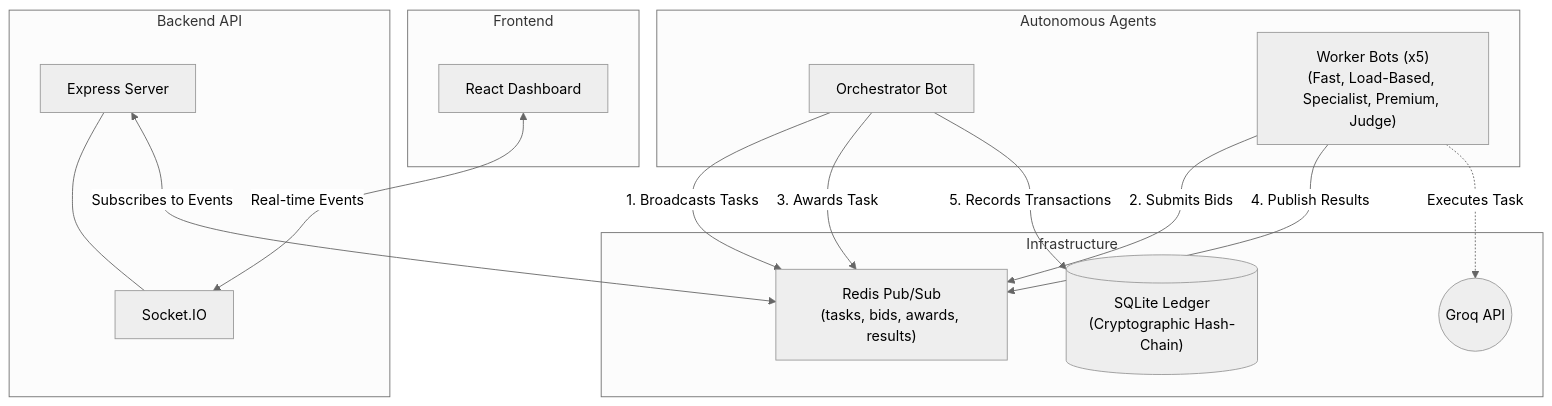
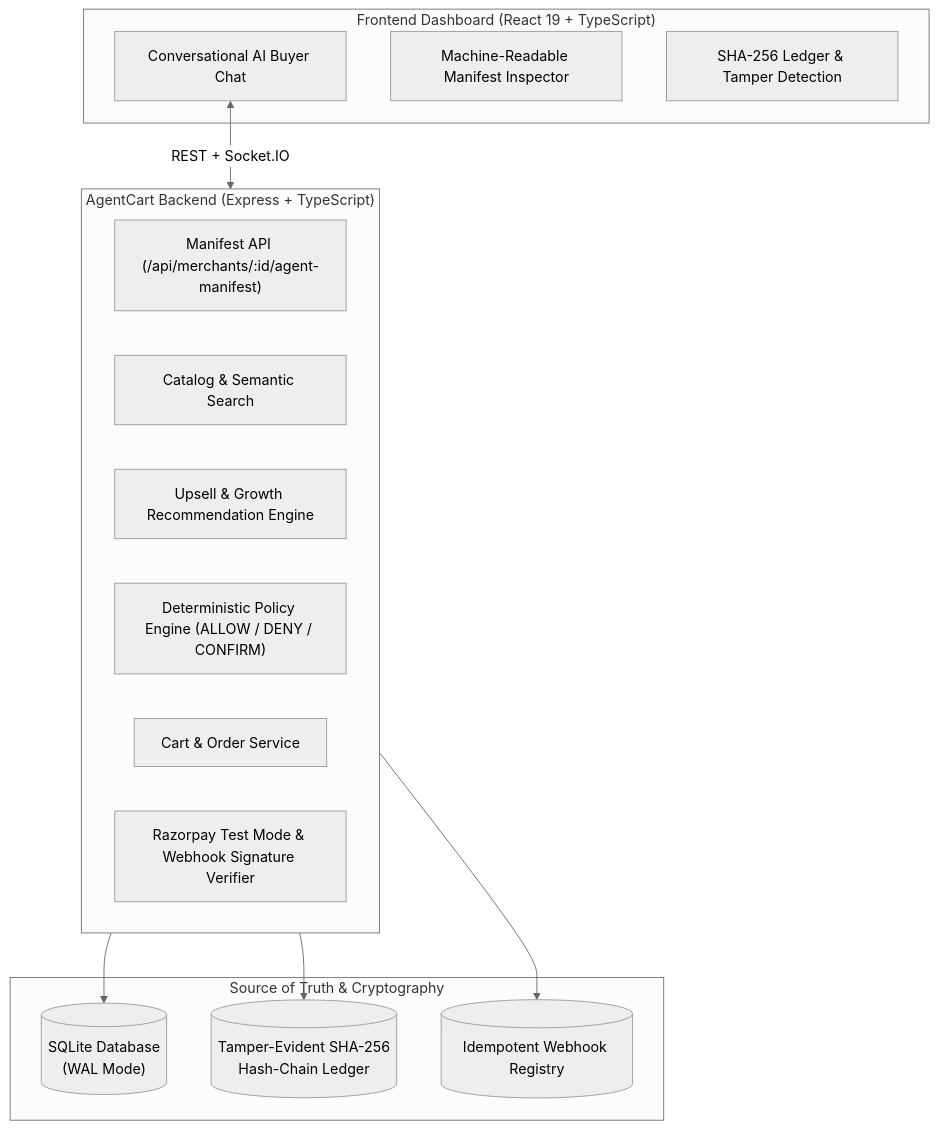
The diagram in README.md (MuKuL-DiXiT/AgenticRail), drawn with Mermaid (neutral theme) before and after one commit. The commit also changed other lines of this file and 69 other files, not shown here.

````diff
--- a/README.md
+++ b/README.md
@@ -7,34 +13,28 @@
 ```mermaid
 flowchart TB
-    subgraph Client["Frontend"]
-        Dashboard["React Dashboard"]
+    subgraph Client["Frontend Dashboard (React 19 + TypeScript)"]
+        UI["Conversational AI Buyer Chat"]
+        ManifestUI["Machine-Readable Manifest Inspector"]
+        LedgerUI["SHA-256 Ledger & Tamper Detection"]
     end
 
-    subgraph API["Backend API"]
-        Express["Express Server"]
-        WS["Socket.IO"]
-        Express --- WS
+    subgraph CoreEngine["AgentCart Backend (Express + TypeScript)"]
+        ManifestAPI["Manifest API (/api/merchants/:id/agent-manifest)"]
+        CatalogAPI["Catalog & Semantic Search"]
+        GrowthEngine["Upsell & Growth Recommendation Engine"]
+        PolicyEngine["Deterministic Policy Engine (ALLOW / DENY / CONFIRM)"]
+        OrderSvc["Cart & Order Service"]
+        PaymentSvc["Razorpay Test Mode & Webhook Signature Verifier"]
     end
 
-    subgraph AI["Autonomous Agents"]
-        Orchestrator["Orchestrator Bot"]
-        Workers["Worker Bots (x5)\n(Fast, Load-Based, Specialist, Premium, Judge)"]
+    subgraph Storage["Source of Truth & Cryptography"]
+        DB[("SQLite Database\n(WAL Mode)")]
+        Ledger[("Tamper-Evident SHA-256\nHash-Chain Ledger")]
+        Webhooks[("Idempotent Webhook Registry")]
     end
 
-    subgraph Infra["Infrastructure"]
-        Redis["Redis Pub/Sub\n(tasks, bids, awards, results)"]
-        DB[("SQLite Ledger\n(Cryptographic Hash-Chain)")]
-        Groq(("Groq API"))
-    end
-
-    Dashboard <-->|Real-time Events| WS
-    Express <-->|Subscribes to Events| Redis
-    
-    Orchestrator -->|1. Broadcasts Tasks| Redis
-    Workers -->|2. Submits Bids| Redis
-    Orchestrator -->|3. Awards Task| Redis
-    Workers -->|4. Publish Results| Redis
-    
-    Orchestrator -->|5. Records Transactions| DB
-    Workers -.->|Executes Task| Groq
+    UI <-->|REST + Socket.IO| CoreEngine
+    CoreEngine --> DB
+    CoreEngine --> Ledger
+    CoreEngine --> Webhooks
 ```
````
